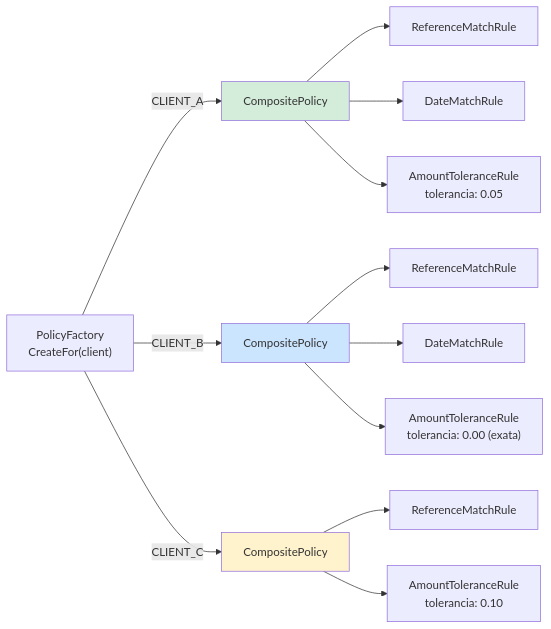
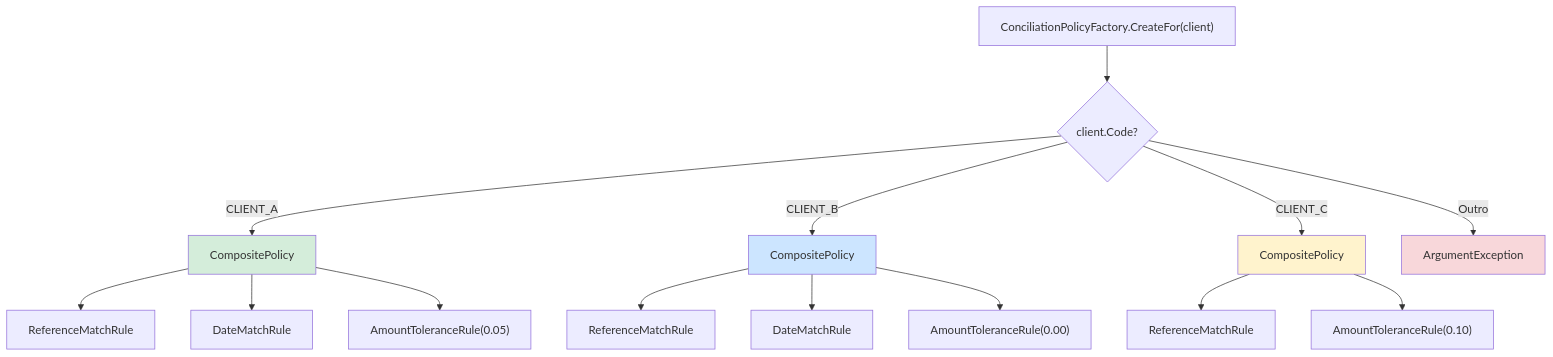
The ninth of 12 diagrams in docs/DIAGRAMAS-PROJETO.md (awernek/Conciliacao), drawn with Mermaid before and after one commit. The commit also changed other lines of this file and 22 other files, not shown here.

````diff
--- a/docs/DIAGRAMAS-PROJETO.md
+++ b/docs/DIAGRAMAS-PROJETO.md
@@ -394,22 +316,26 @@
 ```mermaid
-flowchart LR
-    F["PolicyFactory<br/>CreateFor(client)"]
+flowchart TD
+    F["ConciliationPolicyFactory.CreateFor(client)"]
+    F --> A{client.Code?}
 
-    F -->|CLIENT_A| A["CompositePolicy"]
-    A --> A1["ReferenceMatchRule"]
-    A --> A2["DateMatchRule"]
-    A --> A3["AmountToleranceRule<br/>tolerancia: 0.05"]
+    A -->|CLIENT_A| PA["CompositePolicy"]
+    PA --> PA1[" ReferenceMatchRule"]
+    PA --> PA2[" DateMatchRule"]
+    PA --> PA3[" AmountToleranceRule(0.05)"]
 
-    F -->|CLIENT_B| B["CompositePolicy"]
-    B --> B1["ReferenceMatchRule"]
-    B --> B2["DateMatchRule"]
-    B --> B3["AmountToleranceRule<br/>tolerancia: 0.00 (exata)"]
+    A -->|CLIENT_B| PB["CompositePolicy"]
+    PB --> PB1[" ReferenceMatchRule"]
+    PB --> PB2[" DateMatchRule"]
+    PB --> PB3[" AmountToleranceRule(0.00)"]
 
-    F -->|CLIENT_C| CL["CompositePolicy"]
-    CL --> C1["ReferenceMatchRule"]
-    CL --> C3["AmountToleranceRule<br/>tolerancia: 0.10"]
+    A -->|CLIENT_C| PC["CompositePolicy"]
+    PC --> PC1[" ReferenceMatchRule"]
+    PC --> PC3[" AmountToleranceRule(0.10)"]
 
-    style A fill:#d4edda
-    style B fill:#cce5ff
-    style CL fill:#fff3cd
+    A -->|Outro| ERR[" ArgumentException"]
+
+    style PA fill:#d4edda
+    style PB fill:#cce5ff
+    style PC fill:#fff3cd
+    style ERR fill:#f8d7da
 ```
````
